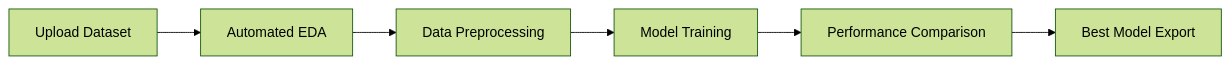
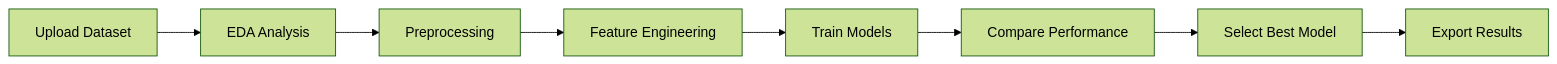
Before and after one commit to Shi1709/AutoML-EDA-with-Interactive-Dashboard: the diagram in README.md, drawn with Mermaid (forest theme). The commit also changed other lines of this file, not shown here.

````diff
--- a/README.md
+++ b/README.md
@@ -85,8 +147,10 @@
 ```mermaid
 flowchart LR
-A[Upload Dataset] --> B[Automated EDA]
-B --> C[Data Preprocessing]
-C --> D[Model Training]
-D --> E[Performance Comparison]
-E --> F[Best Model Export]
+A[Upload Dataset] --> B[EDA Analysis]
+B --> C[Preprocessing]
+C --> D[Feature Engineering]
+D --> E[Train Models]
+E --> F[Compare Performance]
+F --> G[Select Best Model]
+G --> H[Export Results]
 ```
````
